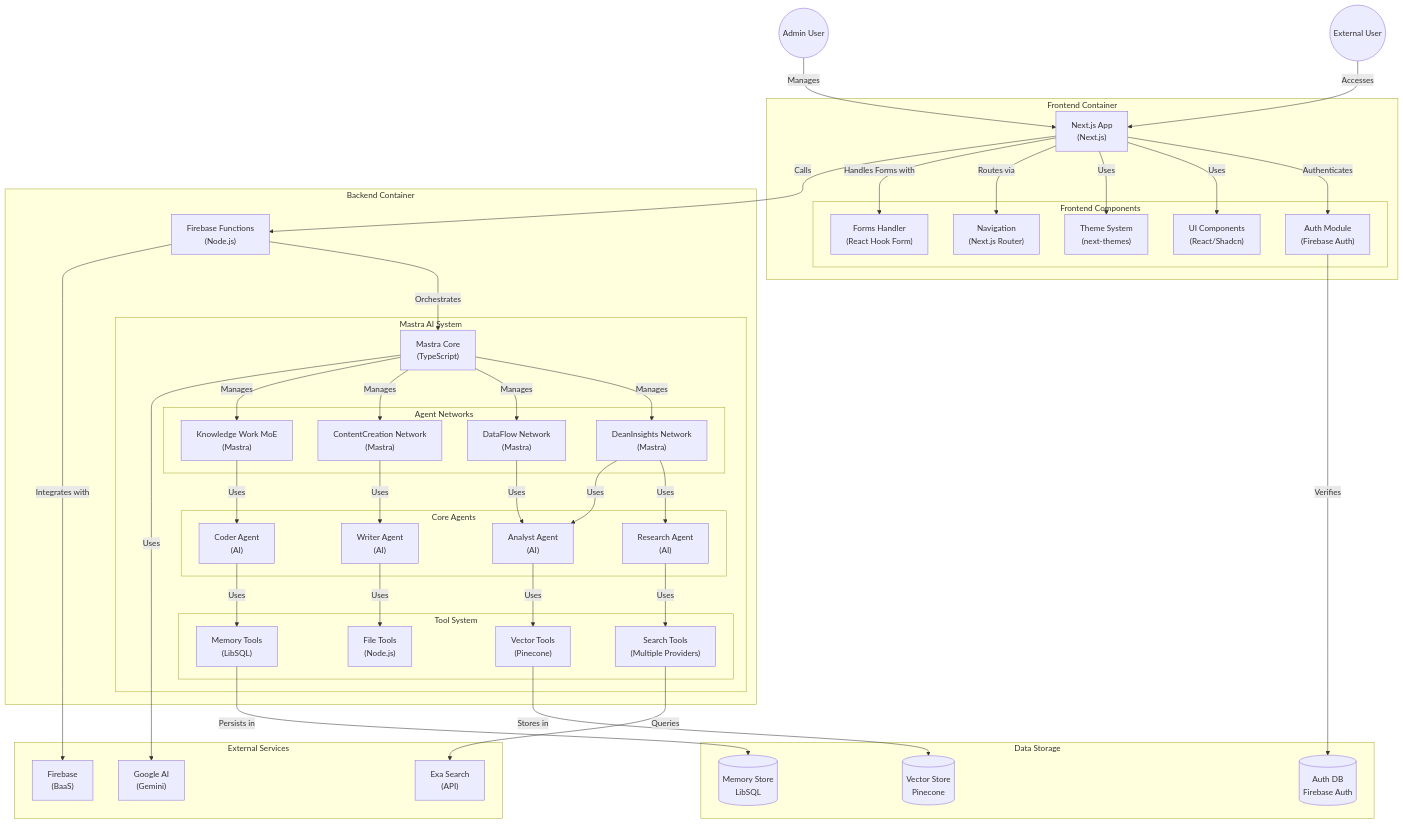
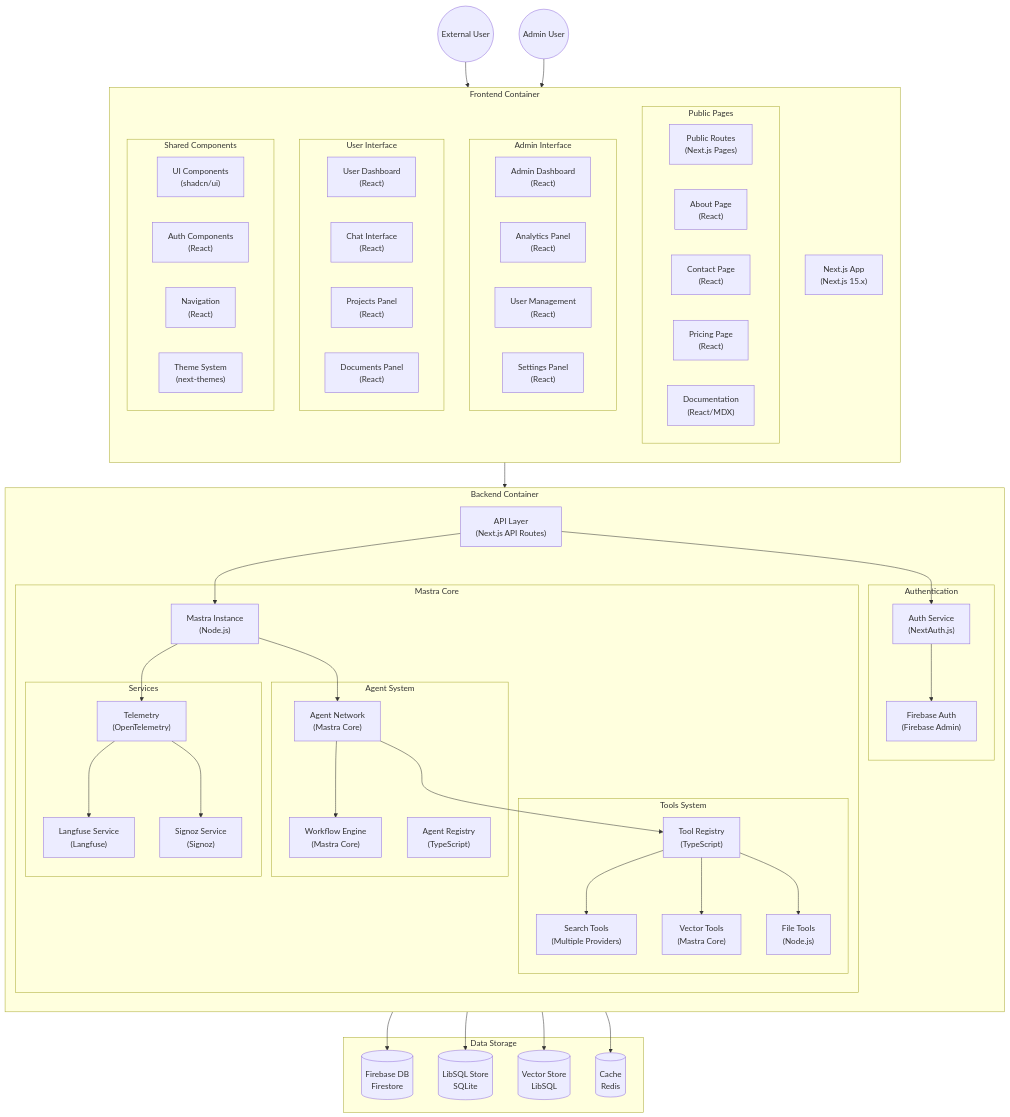
Before and after one commit to ssdeanx/deanmachines-front: the sixth of 6 diagrams in README.md, drawn with Mermaid. The commit also changed 4 other files, not shown here.

Commit message:
Remove outdated `.github/copilot-instructions.md` and integrate new goal for configuring Genkit and creating the first flow, enhancing Copilot's context for improved assistance on project objectives.

````diff
--- a/README.md
+++ b/README.md
@@ -636,95 +636,104 @@
 ```mermaid
 graph TB
-    User((External User))
-    Admin((Admin User))
+    User(("External User"))
+    Admin(("Admin User"))
 
     subgraph "Frontend Container"
-        NextApp["Next.js App<br>(Next.js)"]
+        direction TB
+        NextApp["Next.js App<br>(Next.js 15.x)"]
+        
+        subgraph "Public Pages"
+            PublicPages["Public Routes<br>(Next.js Pages)"]
+            AboutPage["About Page<br>(React)"]
+            ContactPage["Contact Page<br>(React)"]
+            PricingPage["Pricing Page<br>(React)"]
+            DocsPage["Documentation<br>(React/MDX)"]
+        end
 
-        subgraph "Frontend Components"
-            AuthModule["Auth Module<br>(Firebase Auth)"]
-            UIComponents["UI Components<br>(React/Shadcn)"]
+        subgraph "Admin Interface"
+            AdminDashboard["Admin Dashboard<br>(React)"]
+            Analytics["Analytics Panel<br>(React)"]
+            UserManagement["User Management<br>(React)"]
+            Settings["Settings Panel<br>(React)"]
+        end
+
+        subgraph "User Interface"
+            UserDashboard["User Dashboard<br>(React)"]
+            ChatInterface["Chat Interface<br>(React)"]
+            ProjectsPanel["Projects Panel<br>(React)"]
+            DocumentsPanel["Documents Panel<br>(React)"]
+        end
+
+        subgraph "Shared Components"
+            UIComponents["UI Components<br>(shadcn/ui)"]
+            AuthComponents["Auth Components<br>(React)"]
+            Navigation["Navigation<br>(React)"]
             ThemeSystem["Theme System<br>(next-themes)"]
-            Navigation["Navigation<br>(Next.js Router)"]
-            Forms["Forms Handler<br>(React Hook Form)"]
         end
     end
 
     subgraph "Backend Container"
-        FirebaseFunctions["Firebase Functions<br>(Node.js)"]
+        direction TB
+        APILayer["API Layer<br>(Next.js API Routes)"]
+        
+        subgraph "Authentication"
+            AuthService["Auth Service<br>(NextAuth.js)"]
+            FirebaseAuth["Firebase Auth<br>(Firebase Admin)"]
+        end
 
-        subgraph "Mastra AI System"
-            MastraCore["Mastra Core<br>(TypeScript)"]
-
-            subgraph "Agent Networks"
-                DeanInsights["DeanInsights Network<br>(Mastra)"]
-                DataFlow["DataFlow Network<br>(Mastra)"]
-                ContentCreation["ContentCreation Network<br>(Mastra)"]
-                KnowledgeMoE["Knowledge Work MoE<br>(Mastra)"]
+        subgraph "Mastra Core"
+            MastraInstance["Mastra Instance<br>(Node.js)"]
+            
+            subgraph "Agent System"
+                AgentNetwork["Agent Network<br>(Mastra Core)"]
+                AgentRegistry["Agent Registry<br>(TypeScript)"]
+                WorkflowEngine["Workflow Engine<br>(Mastra Core)"]
             end
 
-            subgraph "Core Agents"
-                ResearchAgent["Research Agent<br>(AI)"]
-                AnalystAgent["Analyst Agent<br>(AI)"]
-                WriterAgent["Writer Agent<br>(AI)"]
-                CoderAgent["Coder Agent<br>(AI)"]
+            subgraph "Tools System"
+                ToolRegistry["Tool Registry<br>(TypeScript)"]
+                SearchTools["Search Tools<br>(Multiple Providers)"]
+                VectorTools["Vector Tools<br>(Mastra Core)"]
+                FileTools["File Tools<br>(Node.js)"]
             end
 
-            subgraph "Tool System"
-                SearchTools["Search Tools<br>(Multiple Providers)"]
-                VectorTools["Vector Tools<br>(Pinecone)"]
-                FileTools["File Tools<br>(Node.js)"]
-                MemoryTools["Memory Tools<br>(LibSQL)"]
+            subgraph "Services"
+                Telemetry["Telemetry<br>(OpenTelemetry)"]
+                LangfuseService["Langfuse Service<br>(Langfuse)"]
+                SignozService["Signoz Service<br>(Signoz)"]
             end
         end
     end
 
     subgraph "Data Storage"
-        FirebaseAuth[("Auth DB<br>Firebase Auth")]
-        VectorDB[("Vector Store<br>Pinecone")]
-        MemoryDB[("Memory Store<br>LibSQL")]
-    end
-
-    subgraph "External Services"
-        GoogleAI["Google AI<br>(Gemini)"]
-        ExaSearch["Exa Search<br>(API)"]
-        Firebase["Firebase<br>(BaaS)"]
+        FirebaseDB[("Firebase DB<br>Firestore")]
+        LibSQLStore[("LibSQL Store<br>SQLite")]
+        VectorStore[("Vector Store<br>LibSQL")]
+        Redis[("Cache<br>Redis")]
     end
 
     %% Connections
-    User -->|Accesses| NextApp
-    Admin -->|Manages| NextApp
-
-    NextApp -->|Authenticates| AuthModule
-    AuthModule -->|Verifies| FirebaseAuth
-    NextApp -->|Uses| UIComponents
-    NextApp -->|Uses| ThemeSystem
-    NextApp -->|Routes via| Navigation
-    NextApp -->|Handles Forms with| Forms
-
-    NextApp -->|Calls| FirebaseFunctions
-    FirebaseFunctions -->|Orchestrates| MastraCore
-
-    MastraCore -->|Manages| DeanInsights
-    MastraCore -->|Manages| DataFlow
-    MastraCore -->|Manages| ContentCreation
-    MastraCore -->|Manages| KnowledgeMoE
-
-    DeanInsights -->|Uses| ResearchAgent
-    DeanInsights -->|Uses| AnalystAgent
-    DataFlow -->|Uses| AnalystAgent
-    ContentCreation -->|Uses| WriterAgent
-    KnowledgeMoE -->|Uses| CoderAgent
-
-    ResearchAgent -->|Uses| SearchTools
-    AnalystAgent -->|Uses| VectorTools
-    WriterAgent -->|Uses| FileTools
-    CoderAgent -->|Uses| MemoryTools
-
-    SearchTools -->|Queries| ExaSearch
-    VectorTools -->|Stores in| VectorDB
-    MemoryTools -->|Persists in| MemoryDB
-
-    MastraCore -->|Uses| GoogleAI
-    FirebaseFunctions -->|Integrates with| Firebase
+    User --> NextApp
+    Admin --> NextApp
+    NextApp --> APILayer
+    APILayer --> AuthService
+    AuthService --> FirebaseAuth
+    FirebaseAuth --> FirebaseDB
+    
+    APILayer --> MastraInstance
+    MastraInstance --> AgentNetwork
+    AgentNetwork --> ToolRegistry
+    AgentNetwork --> WorkflowEngine
+    
+    MastraInstance --> LibSQLStore
+    MastraInstance --> VectorStore
+    MastraInstance --> Redis
+    
+    ToolRegistry --> SearchTools
+    ToolRegistry --> VectorTools
+    ToolRegistry --> FileTools
+    
+    MastraInstance --> Telemetry
+    Telemetry --> LangfuseService
+    Telemetry --> SignozService
 ```
````
